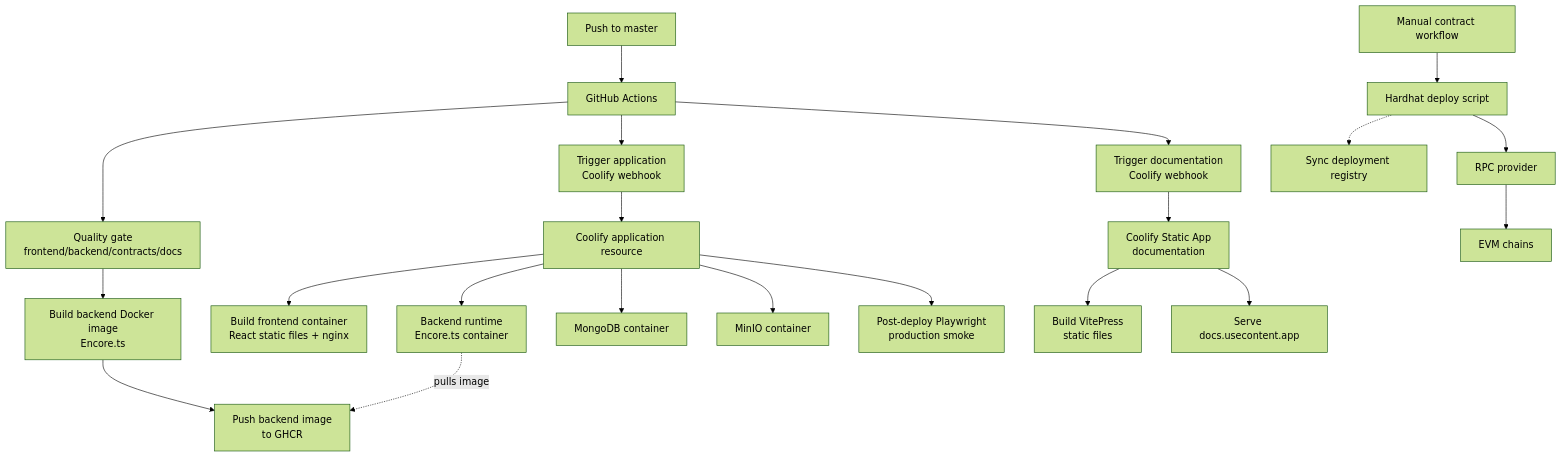
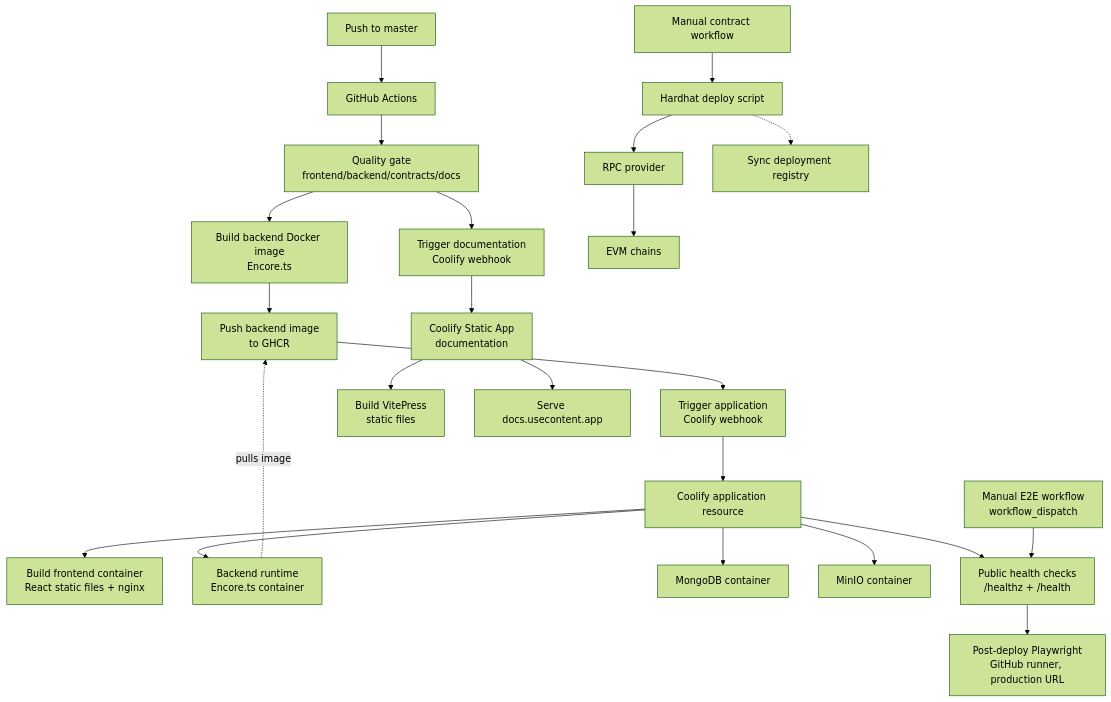
One commit to akhmetovKamil/useContent changed the first of 3 diagrams in documentation/deployment/index.md. Above: the diagram before and after it, drawn with Mermaid (forest theme). The commit also changed other lines of this file and 1 other file, not shown here.

Commit message:
Document CI verification flow

````diff
--- a/documentation/deployment/index.md
+++ b/documentation/deployment/index.md
@@ -23,27 +23,29 @@
 ```mermaid
 flowchart TD
     Push["Push to master"] --> Actions["GitHub Actions"]
     Actions --> Gate["Quality gate<br/>frontend/backend/contracts/docs"]
     Gate --> BackendImage["Build backend Docker image<br/>Encore.ts"]
     BackendImage --> GHCR["Push backend image<br/>to GHCR"]
-    Actions --> AppWebhook["Trigger application<br/>Coolify webhook"]
-    Actions --> DocsWebhook["Trigger documentation<br/>Coolify webhook"]
+    GHCR --> AppWebhook["Trigger application<br/>Coolify webhook"]
+    Gate --> DocsWebhook["Trigger documentation<br/>Coolify webhook"]
 
     AppWebhook --> CoolifyApp["Coolify application resource"]
     DocsWebhook --> CoolifyDocs["Coolify Static App<br/>documentation"]
 
     CoolifyApp --> Frontend["Build frontend container<br/>React static files + nginx"]
     CoolifyApp --> Backend["Backend runtime<br/>Encore.ts container"]
     Backend -.->|pulls image| GHCR
     CoolifyApp --> Mongo["MongoDB container"]
     CoolifyApp --> MinIO["MinIO container"]
-    CoolifyApp --> Smoke["Post-deploy Playwright<br/>production smoke"]
+    CoolifyApp --> Health["Public health checks<br/>/healthz + /health"]
+    Health --> Smoke["Post-deploy Playwright<br/>GitHub runner, production URL"]
+    ManualE2E["Manual E2E workflow<br/>workflow_dispatch"] --> Health
 
     CoolifyDocs --> DocsBuild["Build VitePress<br/>static files"]
     CoolifyDocs --> DocsStatic["Serve docs.usecontent.app"]
 
     Manual["Manual contract workflow"] --> Hardhat["Hardhat deploy script"]
     Hardhat --> RPC["RPC provider"]
     RPC --> Chains["EVM chains"]
     Hardhat -.-> Registry["Sync deployment registry"]
 ```
````
